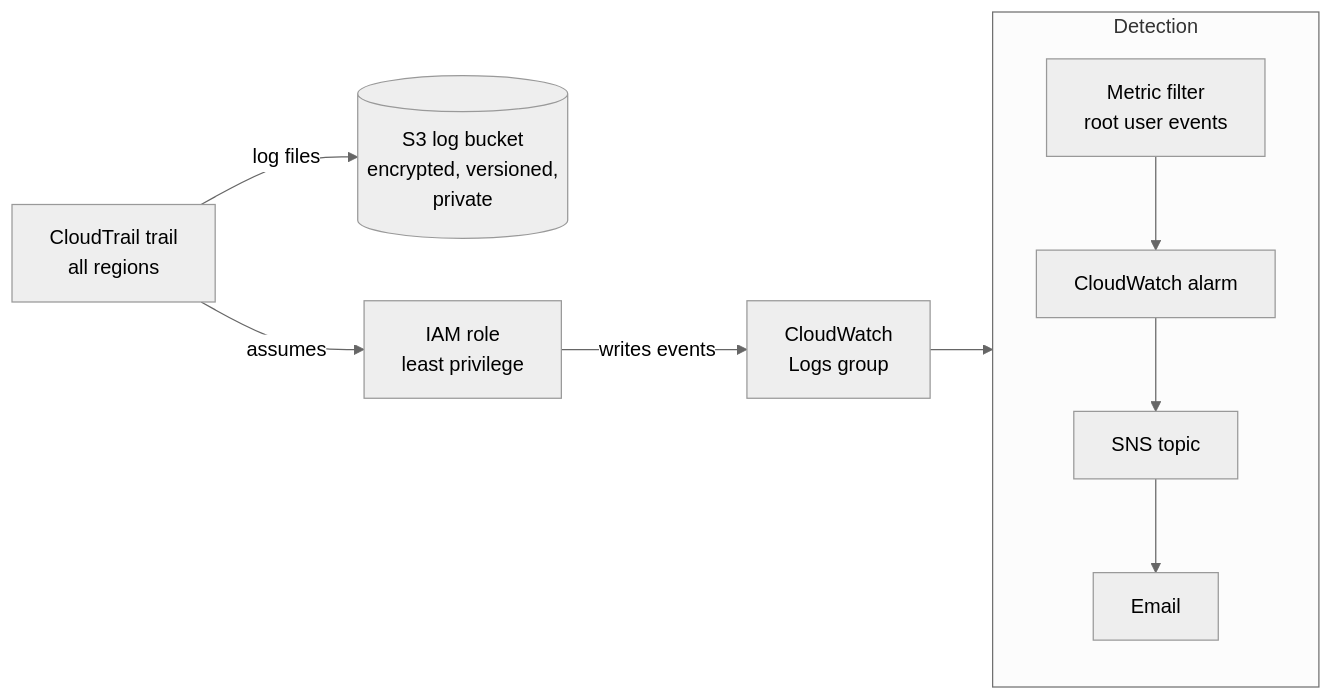
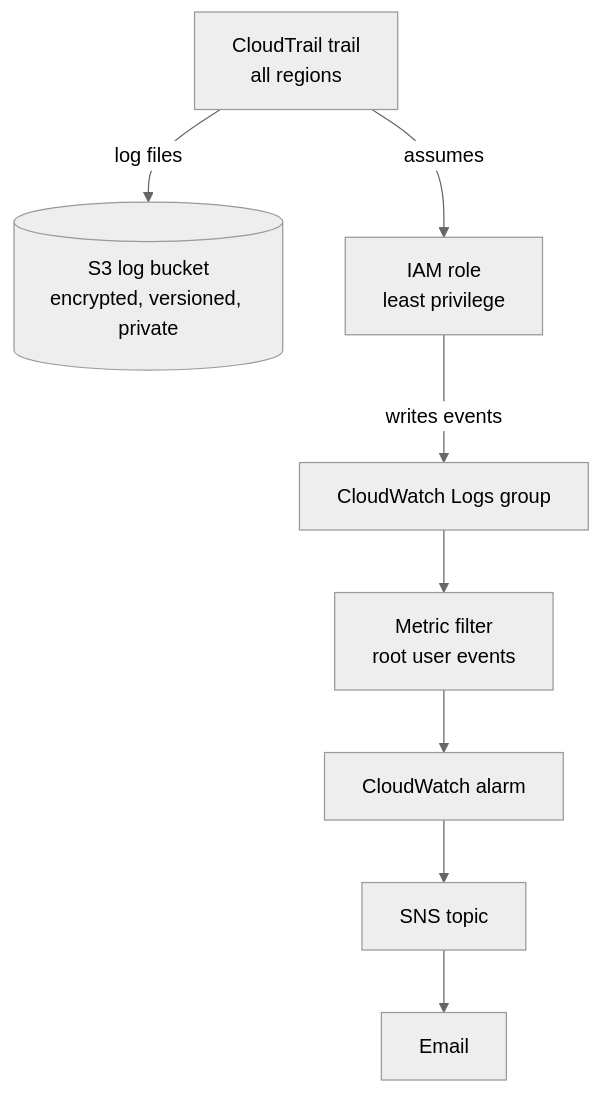
One commit to Needest26/aws-secure-baseline changed the second of 2 diagrams in README.md. Above: the diagram before and after it, drawn with Mermaid (neutral theme).

Commit message:
Lay out the audit diagram top to bottom

````diff
--- a/README.md
+++ b/README.md
@@ -46,15 +46,10 @@
 ```mermaid
-flowchart LR
-    trail["CloudTrail trail<br/>all regions"] -->|"log files"| bucket[("S3 log bucket<br/>encrypted, versioned,<br/>private")]
+flowchart TB
+    trail["CloudTrail trail<br/>all regions"] -->|"log files"| bucket[("S3 log bucket<br/>encrypted, versioned, private")]
     trail -->|"assumes"| role["IAM role<br/>least privilege"]
-    role -->|"writes events"| logs["CloudWatch<br/>Logs group"]
-
-    subgraph detect["Detection"]
-        direction TB
-        filter["Metric filter<br/>root user events"] --> alarm["CloudWatch alarm"]
-        alarm --> topic["SNS topic"]
-        topic --> email["Email"]
-    end
-
-    logs --> filter
+    role -->|"writes events"| logs["CloudWatch Logs group"]
+    logs --> filter["Metric filter<br/>root user events"]
+    filter --> alarm["CloudWatch alarm"]
+    alarm --> topic["SNS topic"]
+    topic --> email["Email"]
 ```
````
